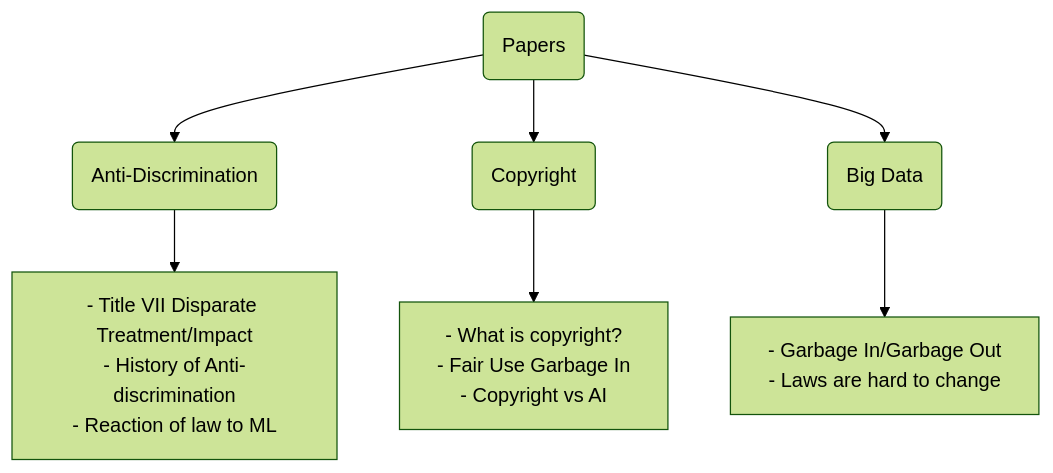
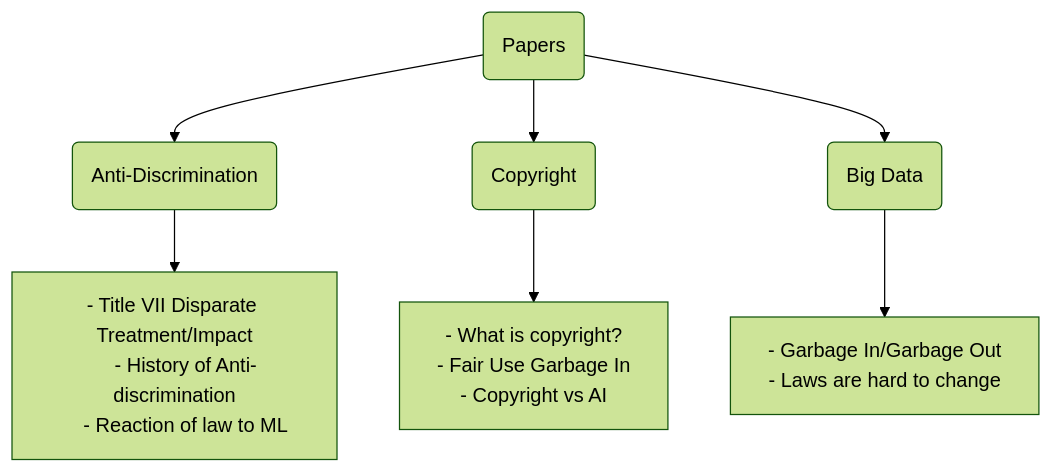
Before and after one commit to uva-responsibleai/fall-24: the diagram in fairness/feb-21.md, drawn with Mermaid (forest theme).

Commit message:
fix to graph

````diff
--- a/fairness/feb-21.md
+++ b/fairness/feb-21.md
@@ -5,14 +5,14 @@
 ```mermaid
-graph TB
-A(Papers) -->B(Anti-Discrimination)
-A-->C(Copyright)
-A-->D(Big Data)
-B-->E[- Title VII Disparate Treatment/Impact
-- History of Anti-discrimination
-- Reaction of law to ML]
-C-->F[- What is copyright?
-- Fair Use Garbage In
-- Copyright vs AI]
-D-->G[- Garbage In/Garbage Out
-- Laws are hard to change]
+graph TD;
+    A(Papers) -->B(Anti-Discrimination)
+    A-->C(Copyright)
+    A-->D(Big Data)
+    B-->E[- Title VII Disparate Treatment/Impact
+    - History of Anti-discrimination
+    - Reaction of law to ML]
+    C-->F[- What is copyright?
+    - Fair Use Garbage In
+    - Copyright vs AI]
+    D-->G[- Garbage In/Garbage Out
+    - Laws are hard to change]
 ```
````
